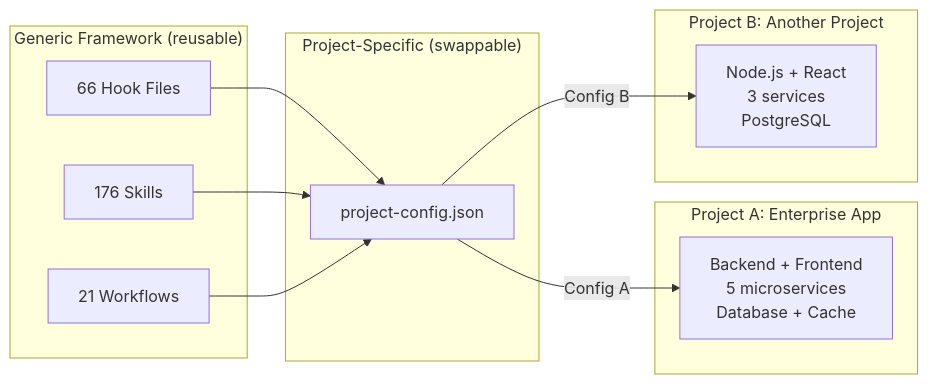
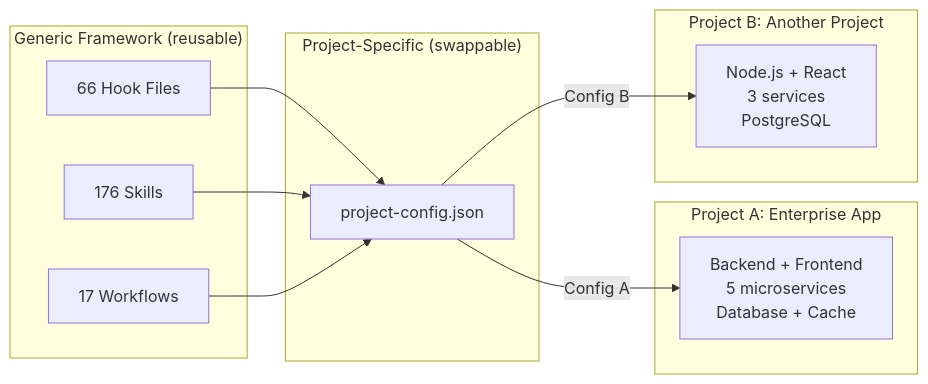
The eighth of 20 diagrams in .claude/docs/claude-ai-agent-framework-guide.md (duc01226/easy-claude), drawn with Mermaid before and after one commit. The commit also changed other lines of this file and 382 other files, not shown here.

````diff
--- a/.claude/docs/claude-ai-agent-framework-guide.md
+++ b/.claude/docs/claude-ai-agent-framework-guide.md
@@ -903,24 +903,24 @@
 ```mermaid
 graph LR
     subgraph "Generic Framework (reusable)"
         H[66 Hook Files]
         S[176 Skills]
-        W[21 Workflows]
+        W[17 Workflows]
     end
 
     subgraph "Project-Specific (swappable)"
         PC[project-config.json]
     end
 
     subgraph "Project A: Enterprise App"
         PA[Backend + Frontend<br/>5 microservices<br/>Database + Cache]
     end
 
     subgraph "Project B: Another Project"
         PB[Node.js + React<br/>3 services<br/>PostgreSQL]
     end
 
     H & S & W --> PC
     PC -->|Config A| PA
     PC -->|Config B| PB
 ```
````
